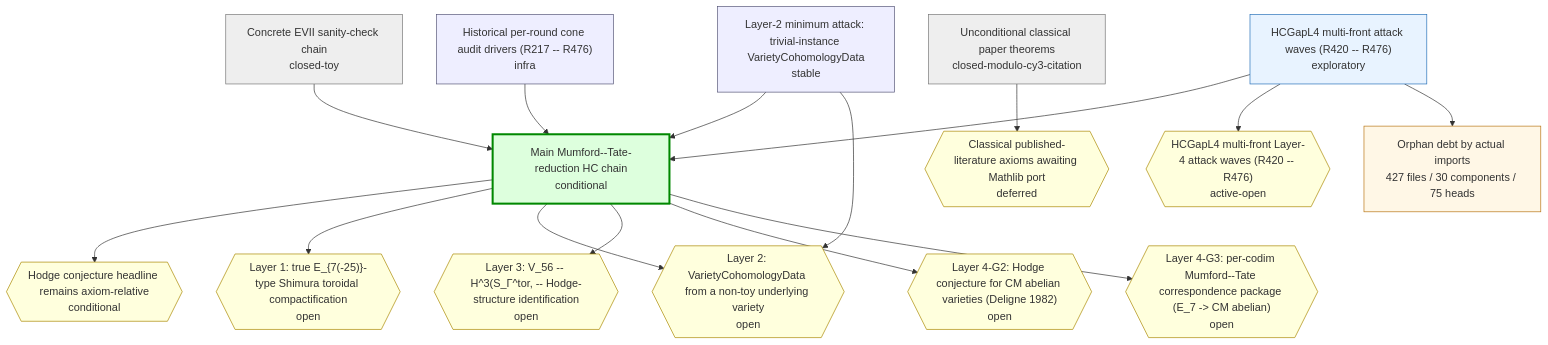
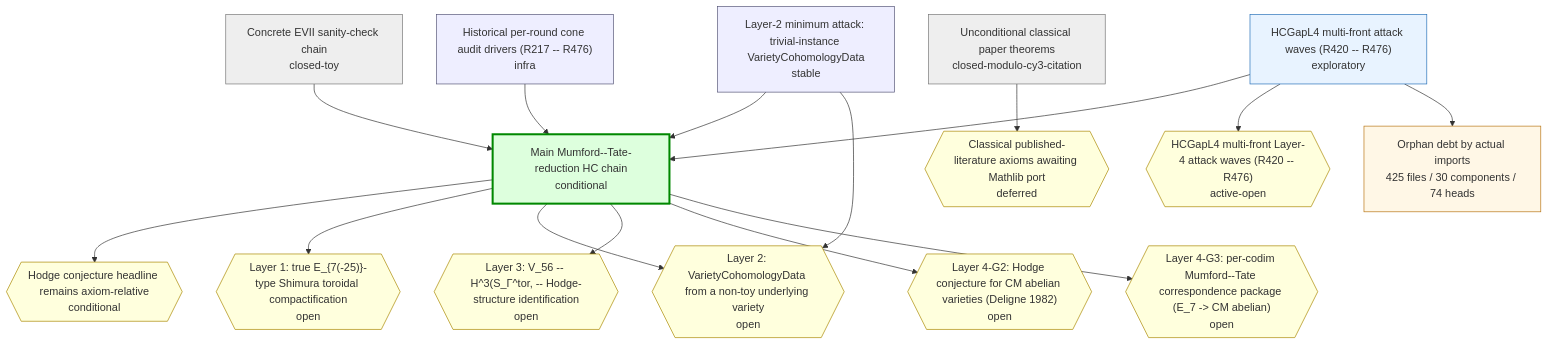
Before and after one commit to crabsatellite/hodge-conjecture-lean4-formalization: the first of 2 diagrams in chain-status/research-map.md, drawn with Mermaid. The commit also changed other lines of this file and 16 other files, not shown here.

````diff
--- a/chain-status/research-map.md
+++ b/chain-status/research-map.md
@@ -33,44 +35,44 @@
 ```mermaid
 graph TD
   classDef main fill:#dfd,stroke:#080,stroke-width:3px
   classDef active fill:#e8f3ff,stroke:#2670b8
   classDef support fill:#eef,stroke:#557
   classDef closed fill:#eee,stroke:#777
   classDef dead fill:#fdd,stroke:#a00,stroke-width:2px
   classDef gapOpen fill:#ffd,stroke:#a80
   classDef gapClosed fill:#eee,stroke:#777
   classDef gapDead fill:#fdd,stroke:#a00
   classDef debt fill:#fff7e6,stroke:#b87514
   classDef debtTaxonomy fill:#e8f3ff,stroke:#2670b8,stroke-dasharray:3 3
   classDef debtRule fill:#eefbea,stroke:#398439,stroke-dasharray:3 3
   classDef debtDead fill:#fdd,stroke:#a00,stroke-dasharray:3 3
   chain_main_hc_axiom_relative["Main Mumford--Tate-reduction HC chain\nconditional"]:::main
   chain_unconditional_classical["Unconditional classical paper theorems\nclosed-modulo-cy3-citation"]:::closed
   chain_hcgap_l2_trivial_instances["Layer-2 minimum attack: trivial-instance VarietyCohomologyData\nstable"]:::support
   chain_hcgap_l4_multifront_active["HCGapL4 multi-front attack waves (R420 -- R476)\nexploratory"]:::active
   chain_concrete_evii_toy["Concrete EVII sanity-check chain\nclosed-toy"]:::closed
   chain_historical_cone_audits["Historical per-round cone audit drivers (R217 -- R476)\ninfra"]:::support
   gap_G_main_hc{{"Hodge conjecture headline remains axiom-relative\nconditional"}}:::gapOpen
   gap_G_l1_e7_shimura_tor{{"Layer 1: true E_{7(-25)}-type Shimura toroidal compactification\nopen"}}:::gapOpen
   gap_G_l2_cohomology_construction{{"Layer 2: VarietyCohomologyData from a non-toy underlying variety\nopen"}}:::gapOpen
   gap_G_l3_v56_mt_identification{{"Layer 3: V_56 -- H^3(S_Γ^tor, -- Hodge-structure identification\nopen"}}:::gapOpen
   gap_G_l4_cm_abelian_hc{{"Layer 4-G2: Hodge conjecture for CM abelian varieties (Deligne 1982)\nopen"}}:::gapOpen
   gap_G_l4_mt_correspondence{{"Layer 4-G3: per-codim Mumford--Tate correspondence package (E_7 -> CM abelian)\nopen"}}:::gapOpen
   gap_G_classical_mathlib_port{{"Classical published-literature axioms awaiting Mathlib port\ndeferred"}}:::gapOpen
   gap_G_hcgap_l4_multifront{{"HCGapL4 multi-front Layer-4 attack waves (R420 -- R476)\nactive-open"}}:::gapOpen
   chain_main_hc_axiom_relative --> gap_G_main_hc
   chain_main_hc_axiom_relative --> gap_G_l1_e7_shimura_tor
   chain_main_hc_axiom_relative --> gap_G_l2_cohomology_construction
   chain_main_hc_axiom_relative --> gap_G_l3_v56_mt_identification
   chain_main_hc_axiom_relative --> gap_G_l4_cm_abelian_hc
   chain_main_hc_axiom_relative --> gap_G_l4_mt_correspondence
   chain_unconditional_classical --> gap_G_classical_mathlib_port
   chain_hcgap_l2_trivial_instances --> chain_main_hc_axiom_relative
   chain_hcgap_l2_trivial_instances --> gap_G_l2_cohomology_construction
   chain_hcgap_l4_multifront_active --> chain_main_hc_axiom_relative
   chain_hcgap_l4_multifront_active --> gap_G_hcgap_l4_multifront
   chain_concrete_evii_toy --> chain_main_hc_axiom_relative
   chain_historical_cone_audits --> chain_main_hc_axiom_relative
-  debt_all["Orphan debt by actual imports\n427 files / 30 components / 75 heads"]:::debt
+  debt_all["Orphan debt by actual imports\n425 files / 30 components / 74 heads"]:::debt
   chain_hcgap_l4_multifront_active --> debt_all
 ```
````
